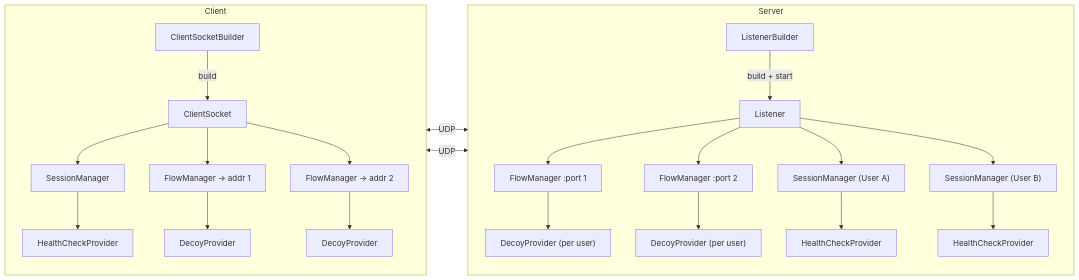
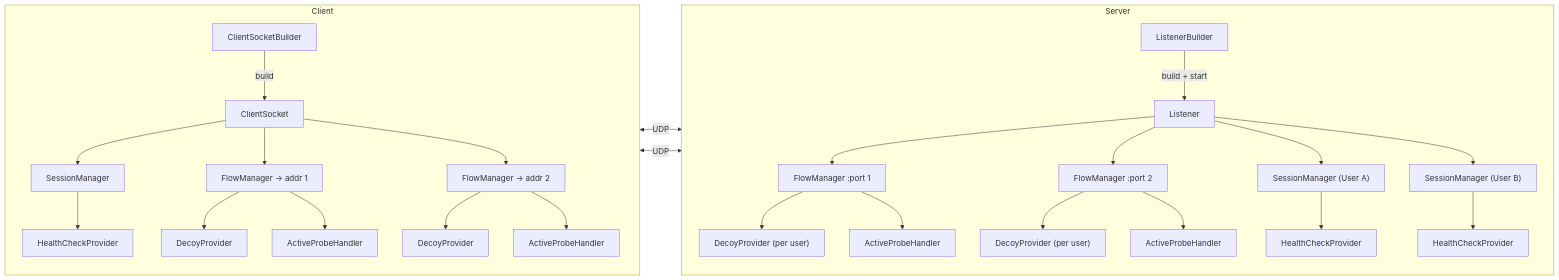
One commit to pseusys/TYPHOON changed the first of 6 diagrams in PROTOCOL.md. Above: the diagram before and after it, drawn with Mermaid. The commit also changed other lines of this file and 9 other files, not shown here.

````diff
--- a/PROTOCOL.md
+++ b/PROTOCOL.md
@@ -23,29 +23,33 @@
 ```mermaid
 flowchart LR
     subgraph Client
         direction TB
         CSB["ClientSocketBuilder"] -->|build| CS["ClientSocket"]
         CS --> CSM["SessionManager"]
         CS --> CFM1["FlowManager → addr 1"]
         CS --> CFM2["FlowManager → addr 2"]
         CSM --> CHCP["HealthCheckProvider"]
         CFM1 --> CDP1["DecoyProvider"]
+        CFM1 --> CAPH1["ActiveProbeHandler"]
         CFM2 --> CDP2["DecoyProvider"]
+        CFM2 --> CAPH2["ActiveProbeHandler"]
     end
 
     subgraph Server
         direction TB
         LB["ListenerBuilder"] -->|build + start| L["Listener"]
         L --> SFM1["FlowManager :port 1"]
         L --> SFM2["FlowManager :port 2"]
         SFM1 --> SDP1["DecoyProvider (per user)"]
+        SFM1 --> SAPH1["ActiveProbeHandler"]
         SFM2 --> SDP2["DecoyProvider (per user)"]
+        SFM2 --> SAPH2["ActiveProbeHandler"]
         L --> SSM1["SessionManager (User A)"]
         L --> SSM2["SessionManager (User B)"]
         SSM1 --> SHCP1["HealthCheckProvider"]
         SSM2 --> SHCP2["HealthCheckProvider"]
     end
 
     CFM1 <-->|UDP| SFM1
     CFM2 <-->|UDP| SFM2
 ```
````
